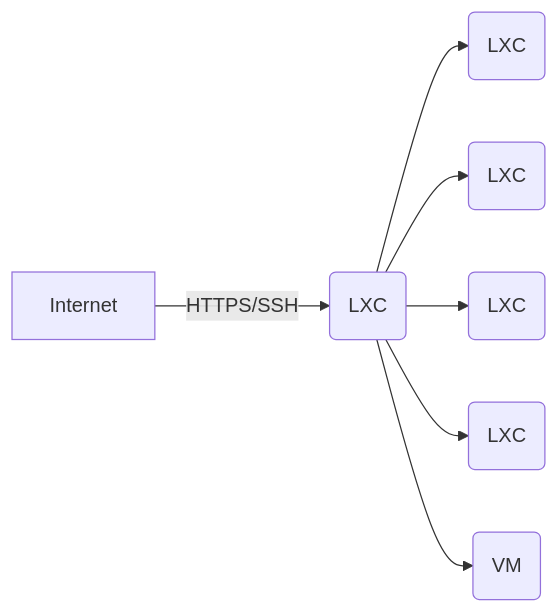
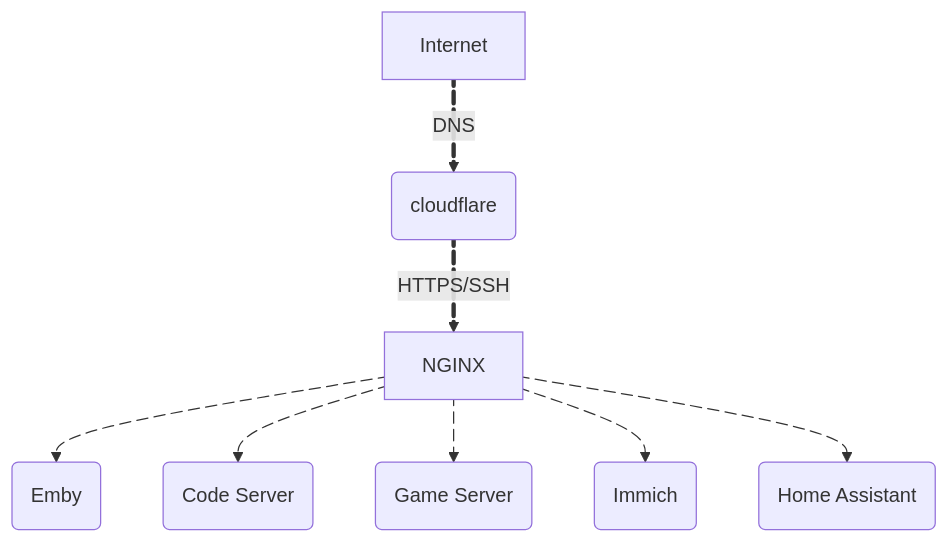
Before and after one commit to Old-Lai/Homelab: the diagram in README.md, drawn with Mermaid.

Commit message:
add flowchart

````diff
--- a/README.md
+++ b/README.md
@@ -53,9 +53,17 @@
 ```mermaid
-flowchart LR
-    Internet -->|HTTPS/SSH| NGINX(LXC)
-    NGINX --> Emby(LXC)
-    NGINX --> CodeServer(LXC)
-    NGINX --> GameServer(LXC)
-    NGINX --> Immich(LXC)
-    NGINX --> HomeAssistant(VM)
+flowchart TD
+    Internet e1@==>|DNS| Cloudflare(cloudflare)
+    Cloudflare e7@==>|HTTPS/SSH| NGINX
+    NGINX e2@--> Emby(Emby)
+    NGINX e3@--> CodeServer(Code Server)
+    NGINX e4@--> GameServer(Game Server)
+    NGINX e5@--> Immich(Immich)
+    NGINX e6@--> HomeAssistant(Home Assistant)
+    e1@{ animation: fast }
+    e2@{ animation: slow }
+    e3@{ animation: slow }
+    e4@{ animation: slow }
+    e5@{ animation: slow }
+    e6@{ animation: slow }
+    e7@{ animation: fast }
 ```
````
